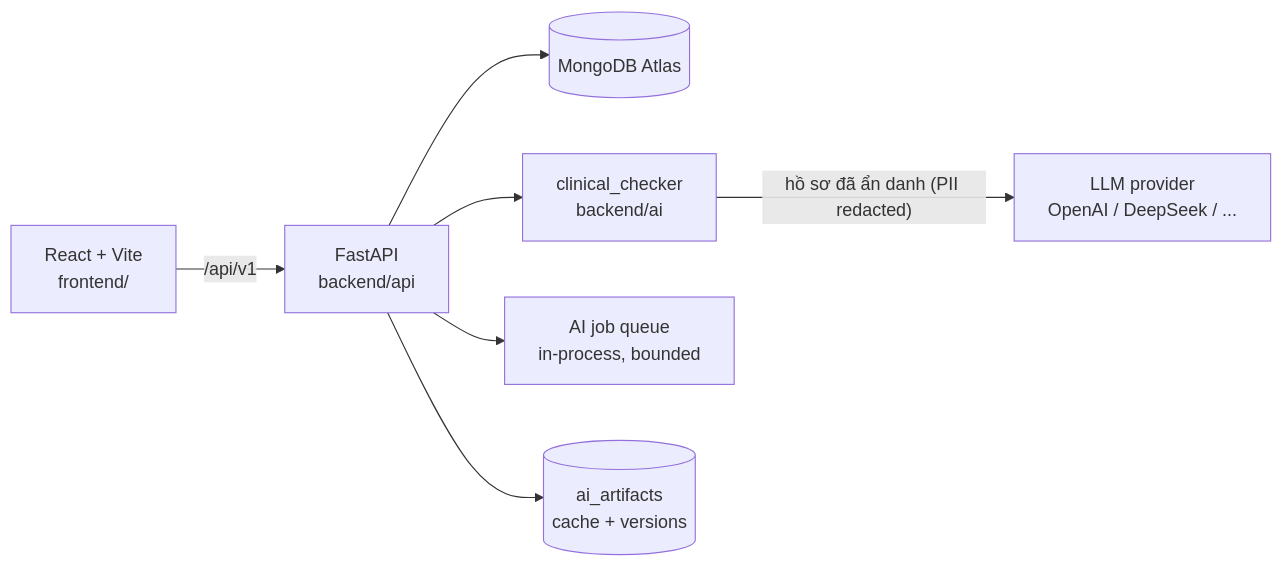
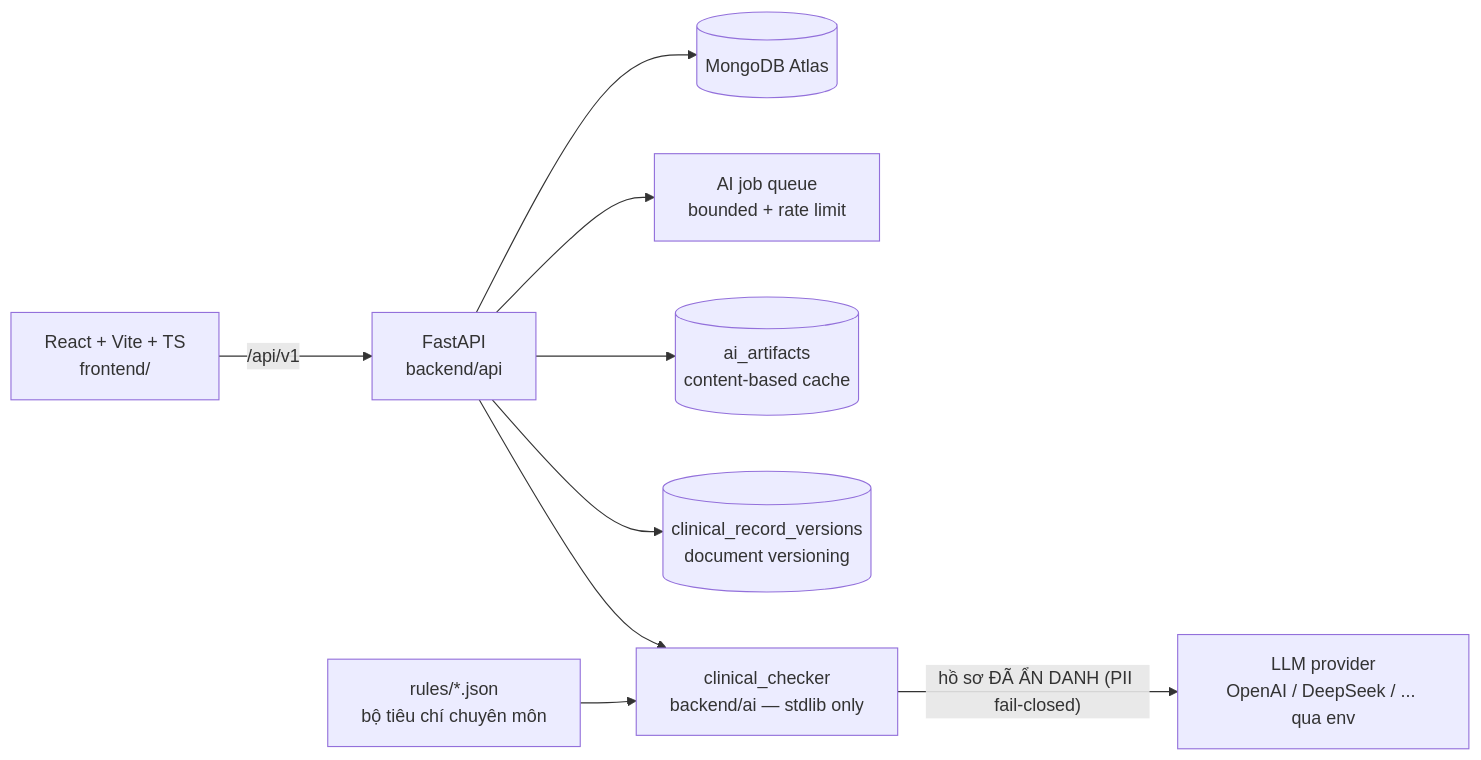
Before and after one commit to dquangai/thap-rua-clinical-copilot: the diagram in README.md, drawn with Mermaid. The commit also changed other lines of this file, not shown here.

````diff
--- a/README.md
+++ b/README.md
@@ -29,9 +88,11 @@
 ```mermaid
 flowchart LR
-  FE[React + Vite\nfrontend/] -->|/api/v1| API[FastAPI\nbackend/api]
+  FE[React + Vite + TS\nfrontend/] -->|/api/v1| API[FastAPI\nbackend/api]
   API --> DB[(MongoDB Atlas)]
-  API --> PIPE[clinical_checker\nbackend/ai]
-  PIPE -->|"hồ sơ đã ẩn danh (PII redacted)"| LLM[LLM provider\nOpenAI / DeepSeek / ...]
-  API --> QUEUE[AI job queue\nin-process, bounded]
-  API --> CACHE[(ai_artifacts\ncache + versions)]
+  API --> QUEUE[AI job queue\nbounded + rate limit]
+  API --> CACHE[(ai_artifacts\ncontent-based cache)]
+  API --> VERS[(clinical_record_versions\ndocument versioning)]
+  API --> PIPE[clinical_checker\nbackend/ai — stdlib only]
+  PIPE -->|"hồ sơ ĐÃ ẨN DANH (PII fail-closed)"| LLM[LLM provider\nOpenAI / DeepSeek / ... qua env]
+  RULES[rules/*.json\nbộ tiêu chí chuyên môn] --> PIPE
 ```
````
